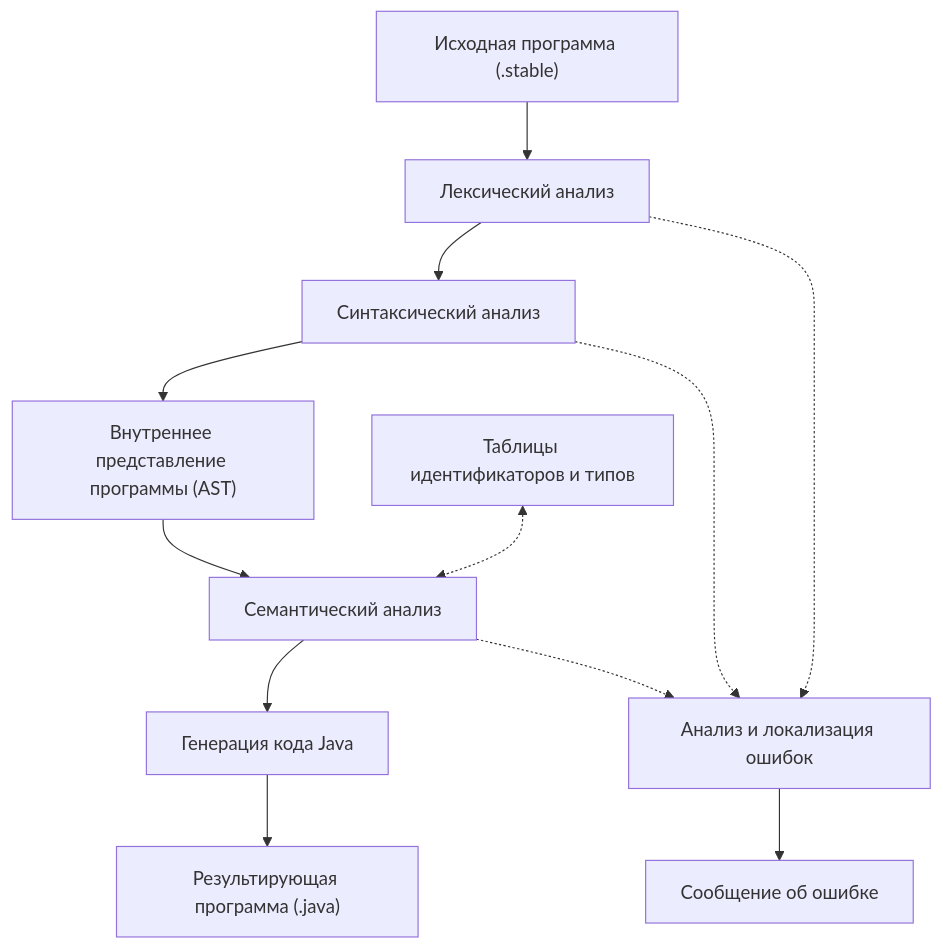
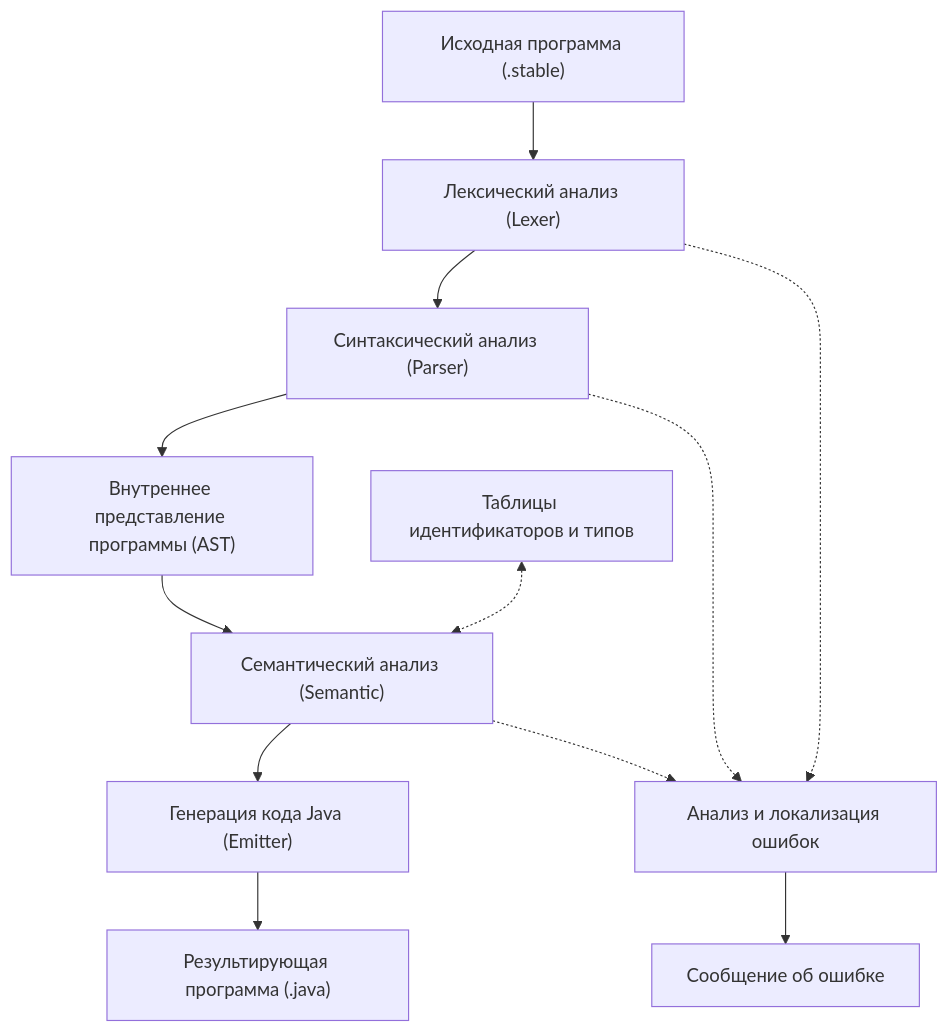
One commit to t31x23/compiler changed the diagram in openspec/context/specification_language/Stable_Scheme.md. Above: the diagram before and after it, drawn with Mermaid. The commit also changed 2 other files, not shown here.

Commit message:
some refactor lexer

````diff
--- a/openspec/context/specification_language/Stable_Scheme.md
+++ b/openspec/context/specification_language/Stable_Scheme.md
@@ -5,14 +5,14 @@
 ```mermaid
 flowchart TB
-    S["Исходная программа (.stable)"] --> L["Лексический анализ"]
-    L --> P["Синтаксический анализ"]
+    S["Исходная программа (.stable)"] --> L["Лексический анализ (Lexer)"]
+    L --> P["Синтаксический анализ (Parser)"]
     P --> AST["Внутреннее представление программы (AST)"]
-    AST --> SEM["Семантический анализ"]
-    SEM --> GEN["Генерация кода Java"]
+    AST --> SEM["Семантический анализ (Semantic)"]
+    SEM --> GEN["Генерация кода Java (Emitter)"]
     GEN --> J["Результирующая программа (.java)"]
     TAB["Таблицы идентификаторов и типов"] <-.-> SEM
     L -.-> ERR["Анализ и локализация ошибок"]
     P -.-> ERR
     SEM -.-> ERR
     ERR --> MSG["Сообщение об ошибке"]
 ```
````
